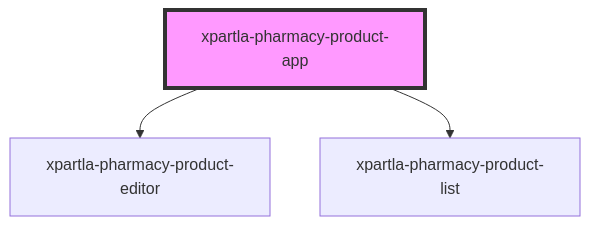
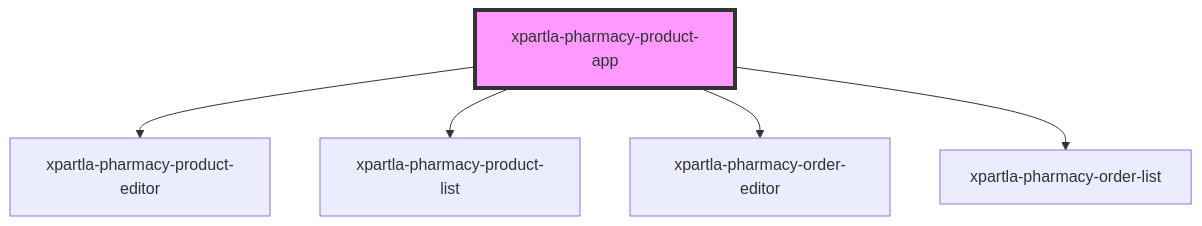
One commit to xpartla/pharmacy-ufe changed the diagram in src/components/xpartla-pharmacy-product-app/readme.md. Above: the diagram before and after it, drawn with Mermaid. The commit also changed other lines of this file and 11 other files, not shown here.

````diff
--- a/src/components/xpartla-pharmacy-product-app/readme.md
+++ b/src/components/xpartla-pharmacy-product-app/readme.md
@@ -25,6 +27,8 @@
 ```mermaid
 graph TD;
   xpartla-pharmacy-product-app --> xpartla-pharmacy-product-editor
   xpartla-pharmacy-product-app --> xpartla-pharmacy-product-list
+  xpartla-pharmacy-product-app --> xpartla-pharmacy-order-editor
+  xpartla-pharmacy-product-app --> xpartla-pharmacy-order-list
   style xpartla-pharmacy-product-app fill:#f9f,stroke:#333,stroke-width:4px
 ```
````
